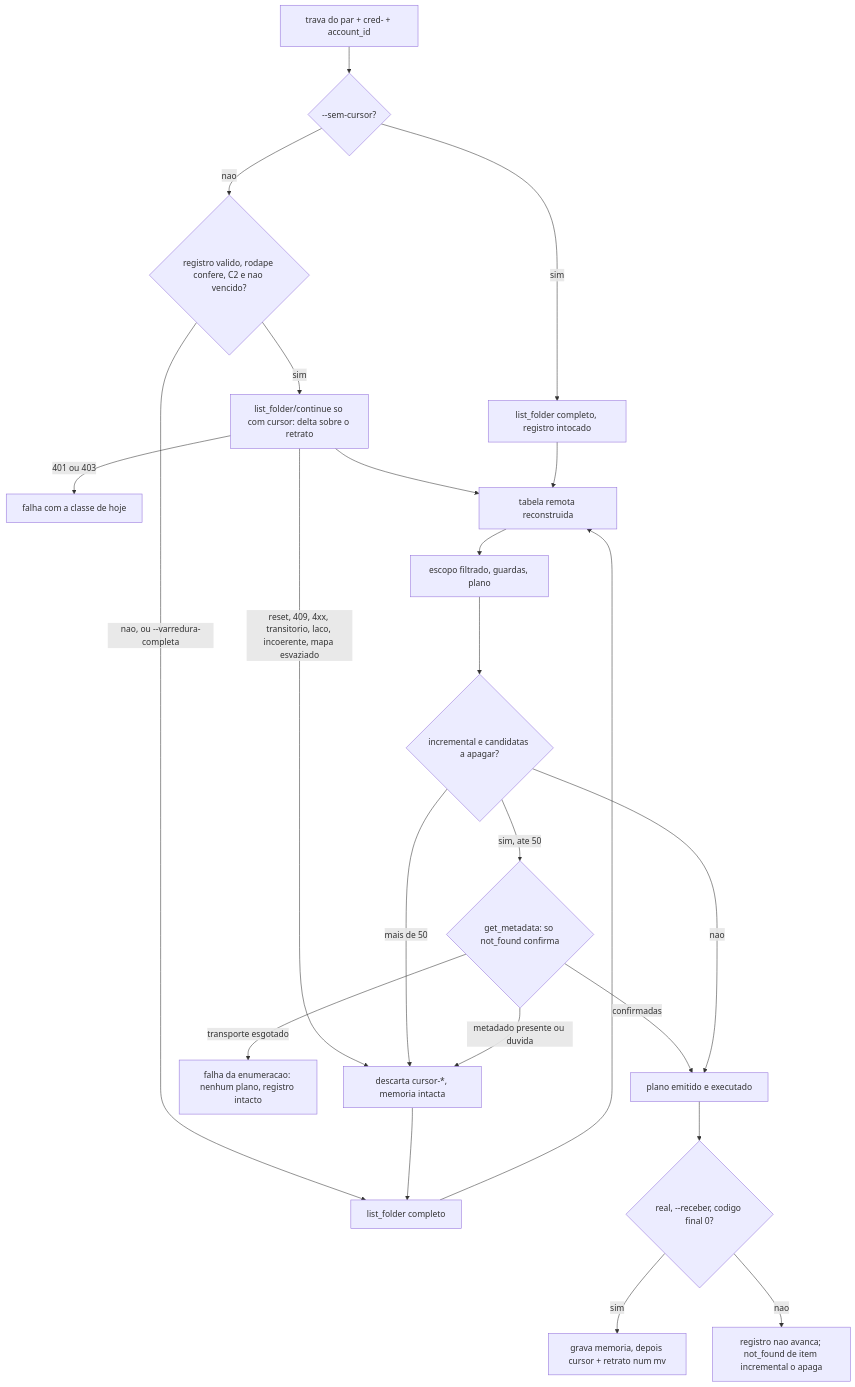
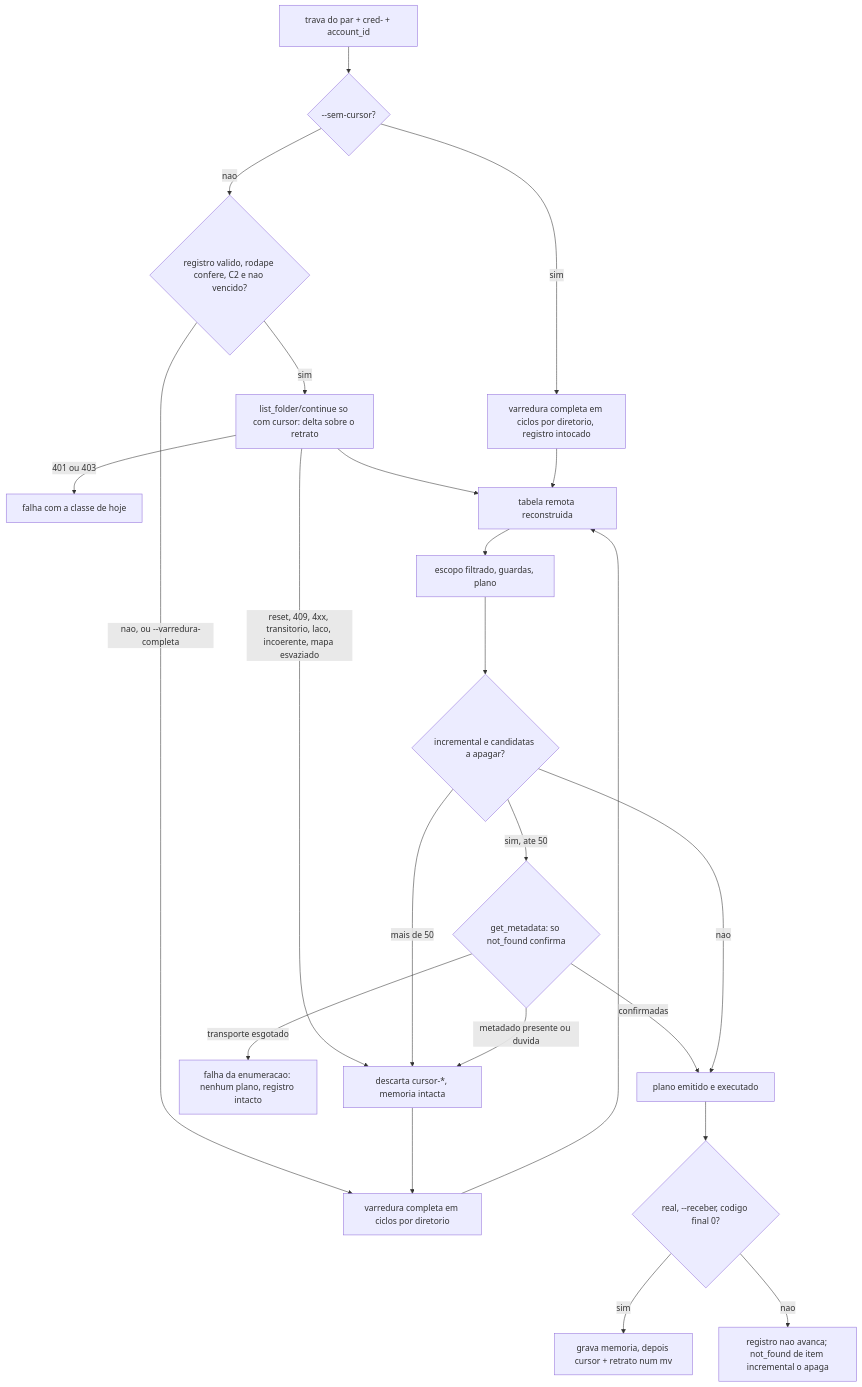
One commit to salesadriano/dropbox_sync changed the ninth of 23 diagrams in docs/arquitetura/system-design.md. Above: the diagram before and after it, drawn with Mermaid. The commit also changed other lines of this file and 9 other files, not shown here.

````diff
--- a/docs/arquitetura/system-design.md
+++ b/docs/arquitetura/system-design.md
@@ -515,24 +515,24 @@
 ```mermaid
 flowchart TD
   T[trava do par + cred- + account_id] --> O{--sem-cursor?}
-  O -->|sim| F[list_folder completo, registro intocado]
+  O -->|sim| F[varredura completa em ciclos por diretorio, registro intocado]
   O -->|nao| L{registro valido, rodape confere, C2 e nao vencido?}
-  L -->|nao, ou --varredura-completa| F2[list_folder completo]
+  L -->|nao, ou --varredura-completa| F2[varredura completa em ciclos por diretorio]
   L -->|sim| D[list_folder/continue so com cursor: delta sobre o retrato]
   D -->|reset, 409, 4xx, transitorio, laco, incoerente, mapa esvaziado| X[descarta cursor-*, memoria intacta] --> F2
   D -->|401 ou 403| Z[falha com a classe de hoje]
   D --> R[tabela remota reconstruida]
   F --> R
   F2 --> R
   R --> E[escopo filtrado, guardas, plano]
   E --> C{incremental e candidatas a apagar?}
   C -->|sim, ate 50| M{get_metadata: so not_found confirma}
   C -->|mais de 50| X
   M -->|metadado presente ou duvida| X
   M -->|transporte esgotado| Z2[falha da enumeracao: nenhum plano, registro intacto]
   M -->|confirmadas| P[plano emitido e executado]
   C -->|nao| P
   P --> G{real, --receber, codigo final 0?}
   G -->|sim| W[grava memoria, depois cursor + retrato num mv]
   G -->|nao| N[registro nao avanca; not_found de item incremental o apaga]
 ```
````
